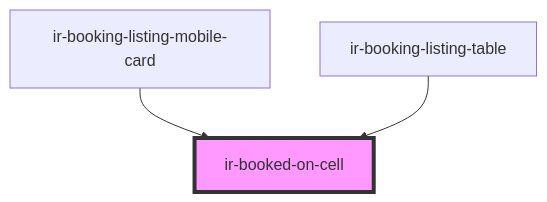
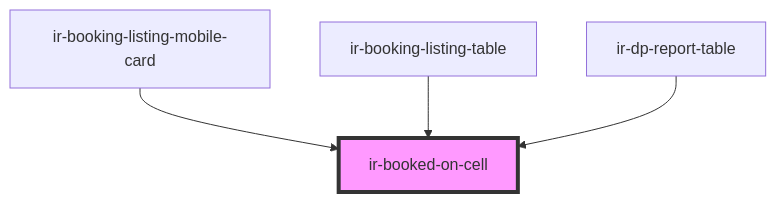
The diagram in src/components/table-cells/booking/ir-booked-on-cell/readme.md (RonyRizk/ir-webcmp), drawn with Mermaid before and after one commit. The commit also changed other lines of this file and 107 other files, not shown here.

````diff
--- a/src/components/table-cells/booking/ir-booked-on-cell/readme.md
+++ b/src/components/table-cells/booking/ir-booked-on-cell/readme.md
@@ -25,6 +27,7 @@
 ```mermaid
 graph TD;
   ir-booking-listing-mobile-card --> ir-booked-on-cell
   ir-booking-listing-table --> ir-booked-on-cell
+  ir-dp-report-table --> ir-booked-on-cell
   style ir-booked-on-cell fill:#f9f,stroke:#333,stroke-width:4px
 ```
````
